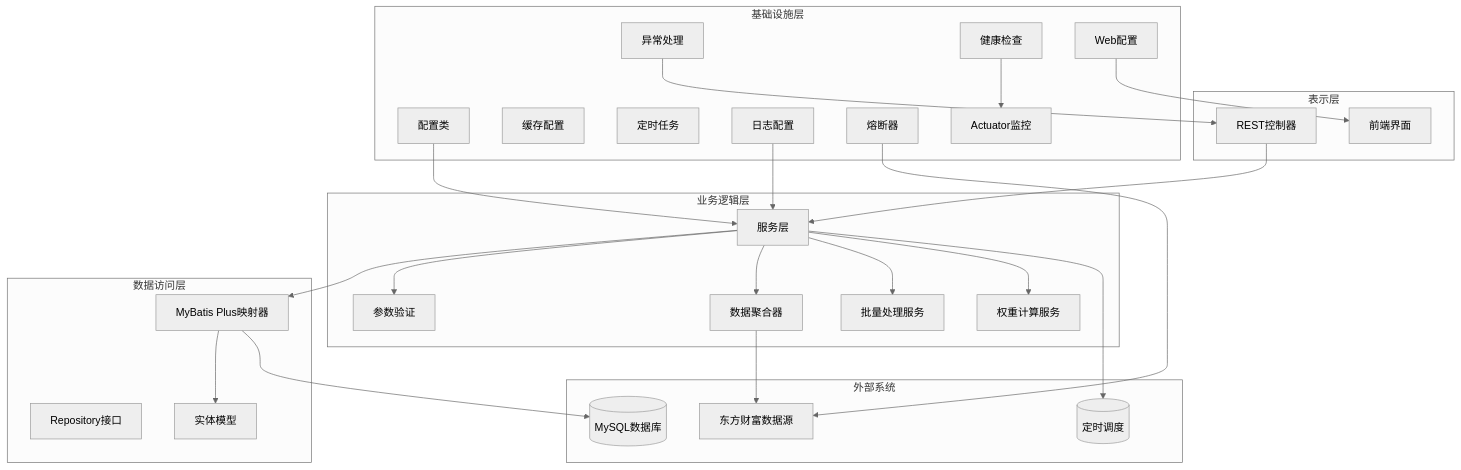
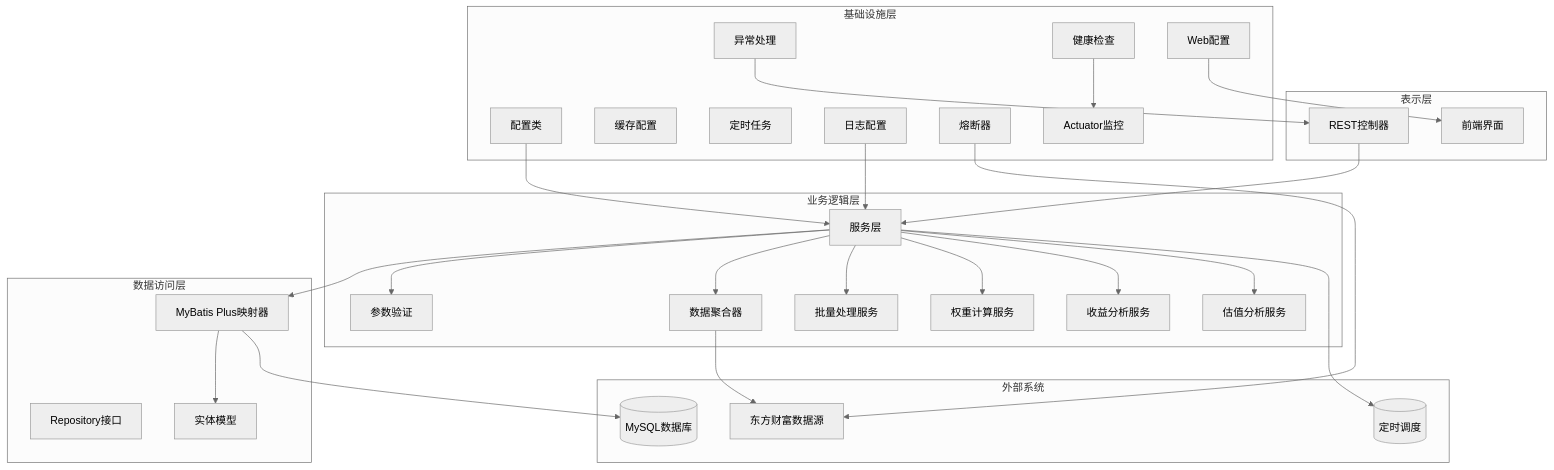
Before and after one commit to gree-coder/fund-butler: the third of 21 diagrams in .qoder/repowiki/zh/content/核心功能开发/核心功能开发.md, drawn with Mermaid (neutral theme). The commit also changed other lines of this file and 9 other files, not shown here.

````diff
--- a/.qoder/repowiki/zh/content/核心功能开发/核心功能开发.md
+++ b/.qoder/repowiki/zh/content/核心功能开发/核心功能开发.md
@@ -177,51 +191,55 @@
 ```mermaid
 graph TB
 subgraph "表示层"
 CONTROLLER[REST控制器]
 FRONTEND[前端界面]
 end
 subgraph "业务逻辑层"
 SERVICE[服务层]
 VALIDATOR[参数验证]
 AGGREGATOR[数据聚合器]
 BATCH[批量处理服务]
 WEIGHT[权重计算服务]
+ANALYSIS[收益分析服务]
+ESTIMATE_ANALYSIS[估值分析服务]
 end
 subgraph "数据访问层"
 MAPPER[MyBatis Plus映射器]
 REPO[Repository接口]
 ENTITY[实体模型]
 end
 subgraph "基础设施层"
 CONFIG[配置类]
 CACHE[缓存配置]
 TASK[定时任务]
 ERROR[异常处理]
 LOG[日志配置]
 HEALTH[健康检查]
 CIRCUIT[熔断器]
 WEB[Web配置]
 ACTUATOR[Actuator监控]
 end
 subgraph "外部系统"
 DATASOURCE[东方财富数据源]
 DB[(MySQL数据库)]
 SCHEDULE[(定时调度)]
 end
 CONTROLLER --> SERVICE
 SERVICE --> MAPPER
 MAPPER --> ENTITY
 SERVICE --> VALIDATOR
 SERVICE --> AGGREGATOR
 SERVICE --> BATCH
 SERVICE --> WEIGHT
+SERVICE --> ANALYSIS
+SERVICE --> ESTIMATE_ANALYSIS
 CONFIG --> SERVICE
 ERROR --> CONTROLLER
 LOG --> SERVICE
 HEALTH --> ACTUATOR
 CIRCUIT --> DATASOURCE
 WEB --> FRONTEND
 AGGREGATOR --> DATASOURCE
 MAPPER --> DB
 SERVICE --> SCHEDULE
 ```
````
